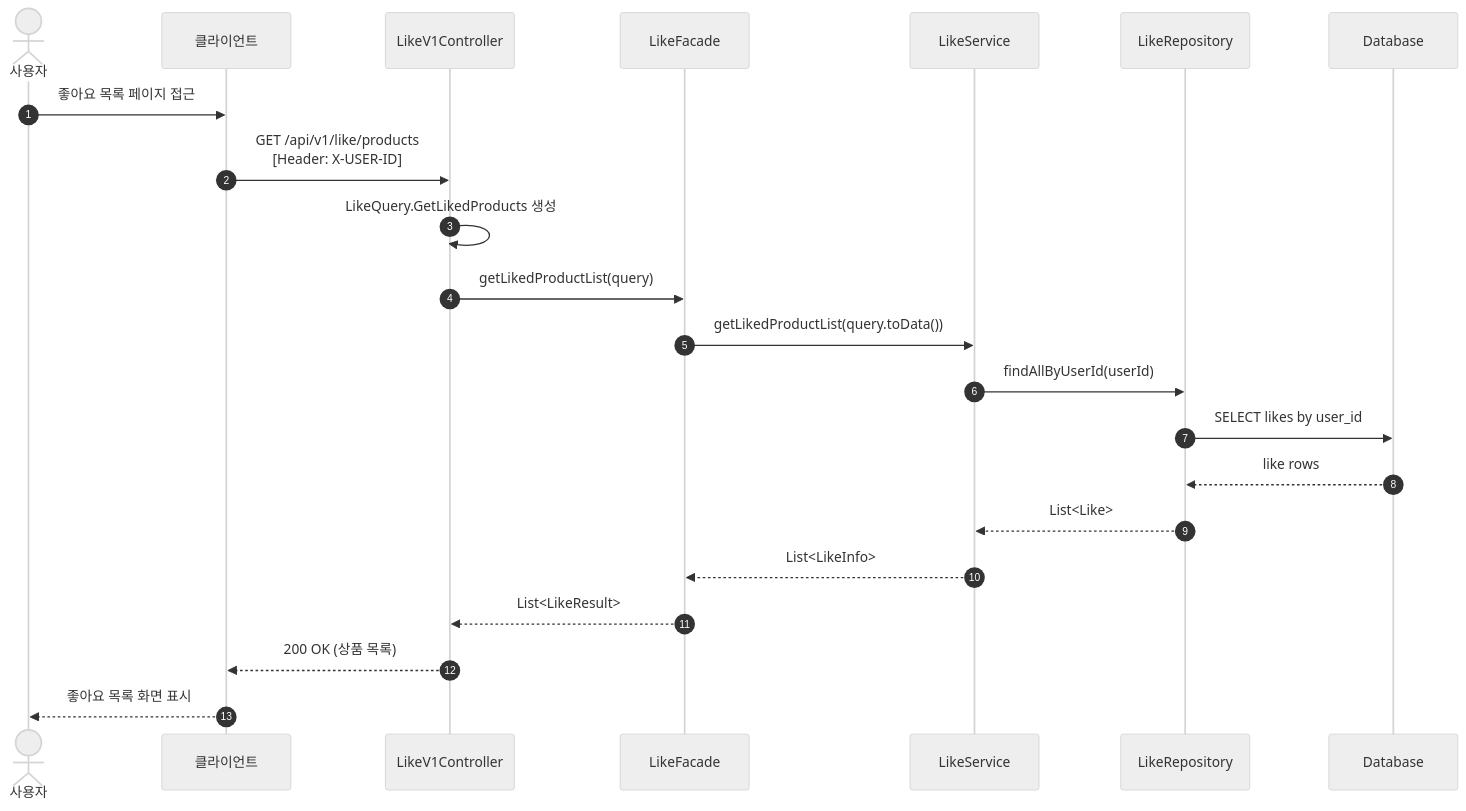
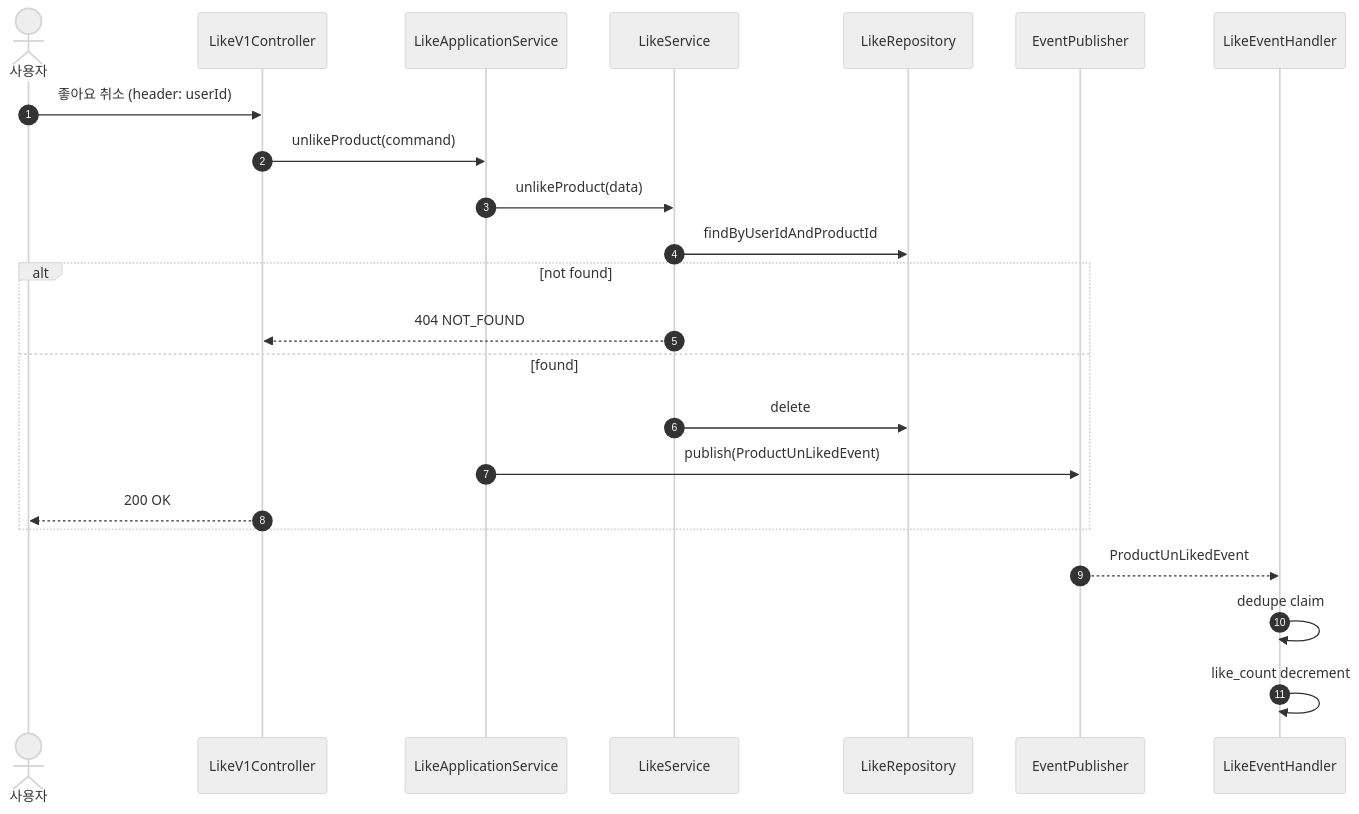
One commit to yht0827/my-commerce changed the ninth of 15 diagrams in docs/02-sequence-diagrams.md. Above: the diagram before and after it, drawn with Mermaid (neutral theme). The commit also changed other lines of this file and 258 other files, not shown here.

````diff
--- a/docs/02-sequence-diagrams.md
+++ b/docs/02-sequence-diagrams.md
@@ -382,25 +249,27 @@
 ```mermaid
 sequenceDiagram
     autonumber
     actor User as 사용자
-    participant Client as 클라이언트
-    participant Controller as LikeV1Controller
-    participant Facade as LikeFacade
-    participant Service as LikeService
-    participant Repository as LikeRepository
-    participant DB as Database
+    participant API as LikeV1Controller
+    participant App as LikeApplicationService
+    participant Domain as LikeService
+    participant Repo as LikeRepository
+    participant Event as EventPublisher
+    participant Handler as LikeEventHandler
 
-    User->>Client: 좋아요 목록 페이지 접근
-    Client->>Controller: GET /api/v1/like/products<br/>[Header: X-USER-ID]
-    Controller->>Controller: LikeQuery.GetLikedProducts 생성
-    Controller->>Facade: getLikedProductList(query)
-    Facade->>Service: getLikedProductList(query.toData())
-    Service->>Repository: findAllByUserId(userId)
-    Repository->>DB: SELECT likes by user_id
-    DB-->>Repository: like rows
-    Repository-->>Service: List<Like>
-    Service-->>Facade: List<LikeInfo>
-    Facade-->>Controller: List<LikeResult>
-    Controller-->>Client: 200 OK (상품 목록)
-    Client-->>User: 좋아요 목록 화면 표시
+    User->>API: 좋아요 취소 (header: userId)
+    API->>App: unlikeProduct(command)
+    App->>Domain: unlikeProduct(data)
+    Domain->>Repo: findByUserIdAndProductId
+    alt not found
+        Domain-->>API: 404 NOT_FOUND
+    else found
+        Domain->>Repo: delete
+        App->>Event: publish(ProductUnLikedEvent)
+        API-->>User: 200 OK
+    end
+
+    Event-->>Handler: ProductUnLikedEvent
+    Handler->>Handler: dedupe claim
+    Handler->>Handler: like_count decrement
 ```
````
